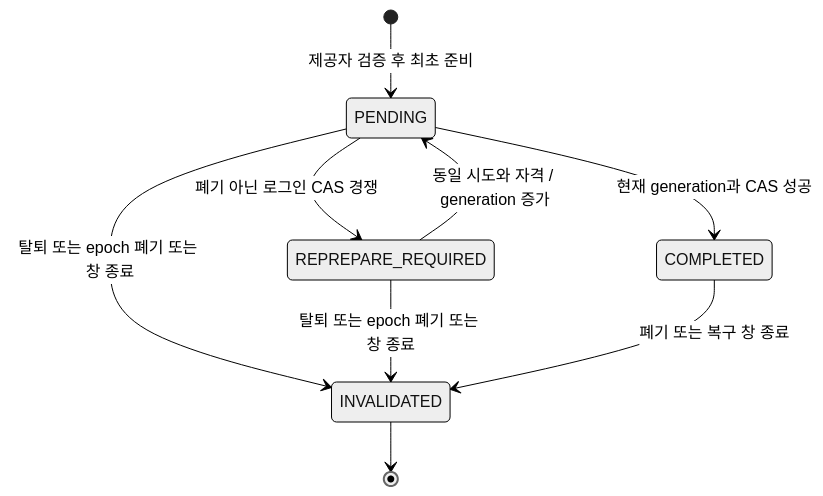
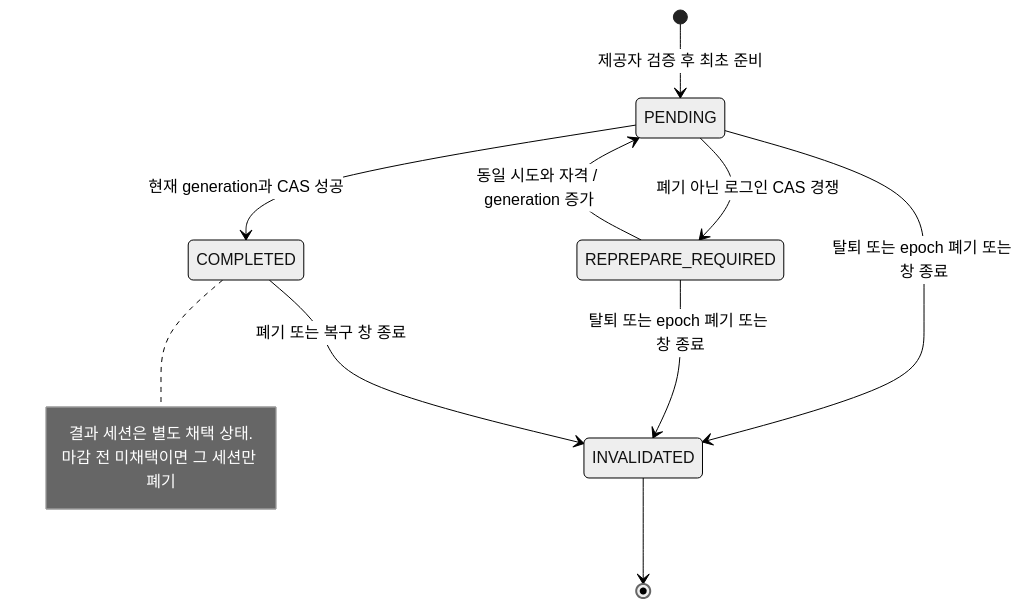
Before and after one commit to OneOrThree/phone: the diagram in docs/prd/account/low-level-design.md, drawn with Mermaid (neutral theme). The commit also changed other lines of this file and 4 other files, not shown here.

````diff
--- a/docs/prd/account/low-level-design.md
+++ b/docs/prd/account/low-level-design.md
@@ -315,11 +316,12 @@
 ```mermaid
 stateDiagram-v2
     [*] --> PENDING: 제공자 검증 후 최초 준비
     PENDING --> COMPLETED: 현재 generation과 CAS 성공
     PENDING --> REPREPARE_REQUIRED: 폐기 아닌 로그인 CAS 경쟁
     REPREPARE_REQUIRED --> PENDING: 동일 시도와 자격 / generation 증가
     PENDING --> INVALIDATED: 탈퇴 또는 epoch 폐기 또는 창 종료
     REPREPARE_REQUIRED --> INVALIDATED: 탈퇴 또는 epoch 폐기 또는 창 종료
     COMPLETED --> INVALIDATED: 폐기 또는 복구 창 종료
+    note right of COMPLETED: 결과 세션은 별도 채택 상태.<br/>마감 전 미채택이면 그 세션만 폐기
     INVALIDATED --> [*]
 ```
````
